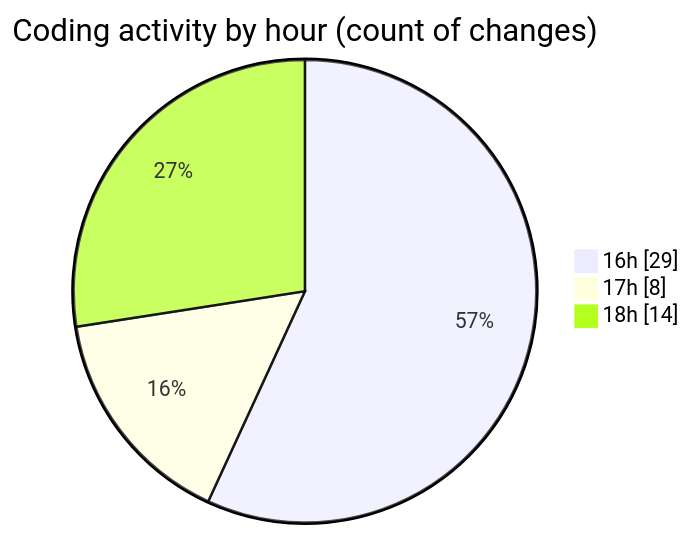
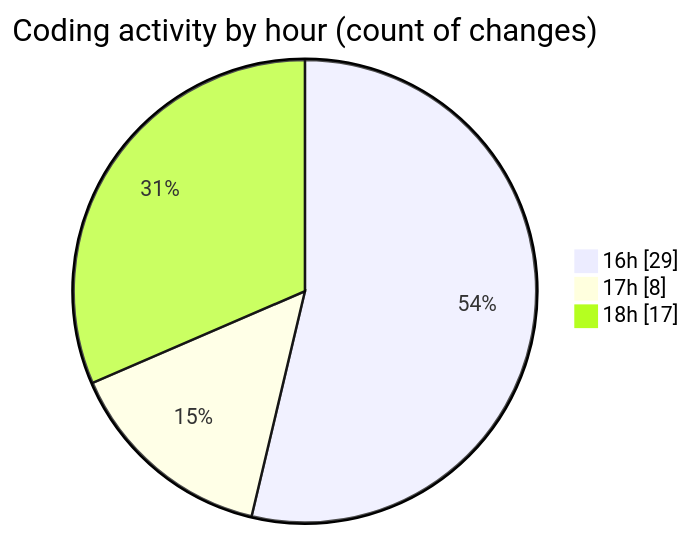
The second of 2 diagrams in 2025-11-01/skintrack/README.md (Netris89/code-tracking), drawn with Mermaid before and after one commit. The commit also changed other lines of this file and 1 other file, not shown here.

````diff
--- a/2025-11-01/skintrack/README.md
+++ b/2025-11-01/skintrack/README.md
@@ -33,7 +33,7 @@
 ```mermaid
 pie showData
 title Coding activity by hour (count of changes)
 "16h" : 29
 "17h" : 8
-"18h" : 14
+"18h" : 17
 ```
````
